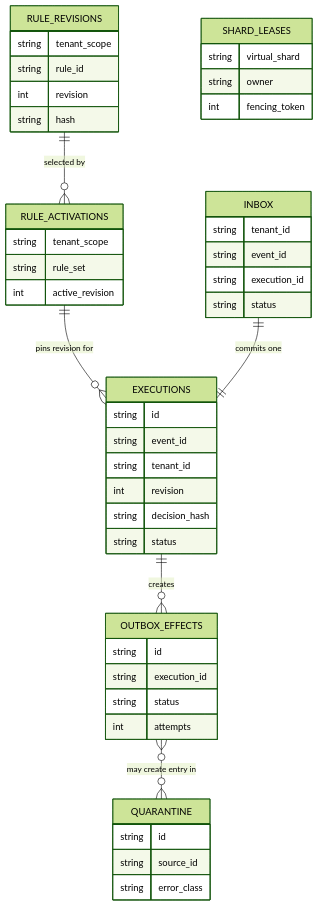
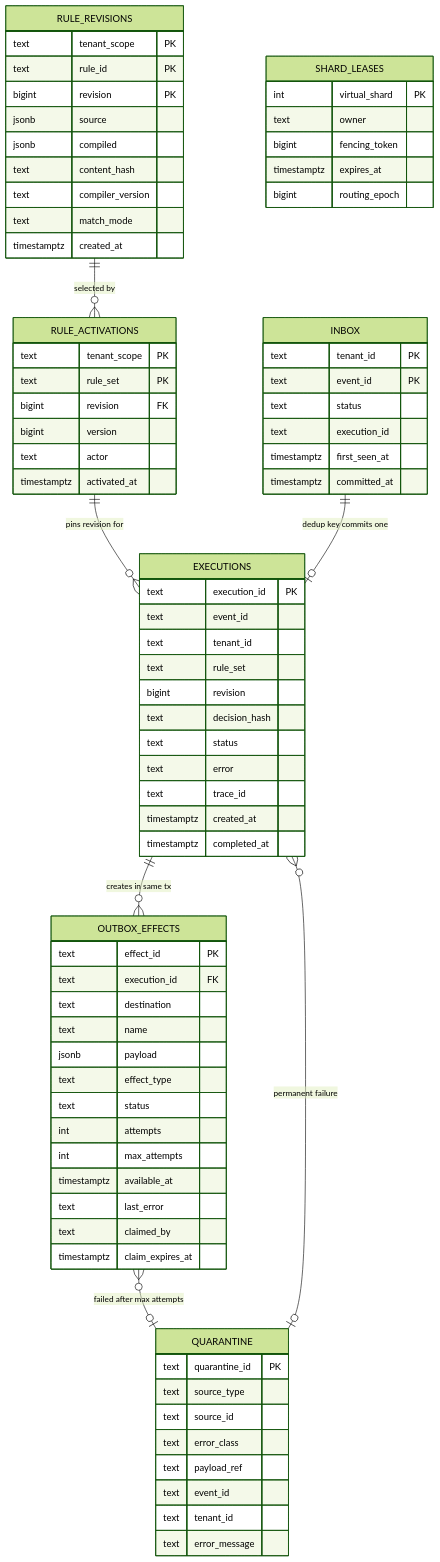
Before and after one commit to premchandkpc/kafka-simulate-rule: the diagram in docs/19-data-model.mmd, drawn with Mermaid (forest theme). The commit also changed 17 other files, not shown here.

Commit message:
docs: enrich mermaid diagrams and fix parse errors

```diff
--- a/docs/19-data-model.mmd
+++ b/docs/19-data-model.mmd
@@ -1,48 +1,80 @@
 erDiagram
     RULE_REVISIONS {
-        string tenant_scope
-        string rule_id
-        int revision
-        string hash
+        text tenant_scope PK
+        text rule_id PK
+        bigint revision PK
+        jsonb source
+        jsonb compiled
+        text content_hash
+        text compiler_version
+        text match_mode
+        timestamptz created_at
     }
     RULE_ACTIVATIONS {
-        string tenant_scope
-        string rule_set
-        int active_revision
+        text tenant_scope PK
+        text rule_set PK
+        bigint revision FK
+        bigint version
+        text actor
+        timestamptz activated_at
     }
     INBOX {
-        string tenant_id
-        string event_id
-        string execution_id
-        string status
+        text tenant_id PK
+        text event_id PK
+        text status
+        text execution_id
+        timestamptz first_seen_at
+        timestamptz committed_at
     }
     EXECUTIONS {
-        string id
-        string event_id
-        string tenant_id
-        int revision
-        string decision_hash
-        string status
+        text execution_id PK
+        text event_id
+        text tenant_id
+        text rule_set
+        bigint revision
+        text decision_hash
+        text status
+        text error
+        text trace_id
+        timestamptz created_at
+        timestamptz completed_at
     }
     OUTBOX_EFFECTS {
-        string id
-        string execution_id
-        string status
+        text effect_id PK
+        text execution_id FK
+        text destination
+        text name
+        jsonb payload
+        text effect_type
+        text status
         int attempts
+        int max_attempts
+        timestamptz available_at
+        text last_error
+        text claimed_by
+        timestamptz claim_expires_at
     }
     QUARANTINE {
-        string id
-        string source_id
-        string error_class
+        text quarantine_id PK
+        text source_type
+        text source_id
+        text error_class
+        text payload_ref
+        text event_id
+        text tenant_id
+        text error_message
     }
     SHARD_LEASES {
-        string virtual_shard
-        string owner
-        int fencing_token
+        int virtual_shard PK
+        text owner
+        bigint fencing_token
+        timestamptz expires_at
+        bigint routing_epoch
     }
 
     RULE_REVISIONS ||--o{ RULE_ACTIVATIONS : "selected by"
     RULE_ACTIVATIONS ||--o{ EXECUTIONS : "pins revision for"
-    INBOX ||--|| EXECUTIONS : "commits one"
-    EXECUTIONS ||--o{ OUTBOX_EFFECTS : "creates"
-    OUTBOX_EFFECTS }o--o{ QUARANTINE : "may create entry in"
+    INBOX ||--o| EXECUTIONS : "dedup key commits one"
+    EXECUTIONS ||--o{ OUTBOX_EFFECTS : "creates in same tx"
+    OUTBOX_EFFECTS }o--o| QUARANTINE : "failed after max attempts"
+    EXECUTIONS }o--o| QUARANTINE : "permanent failure"
```
